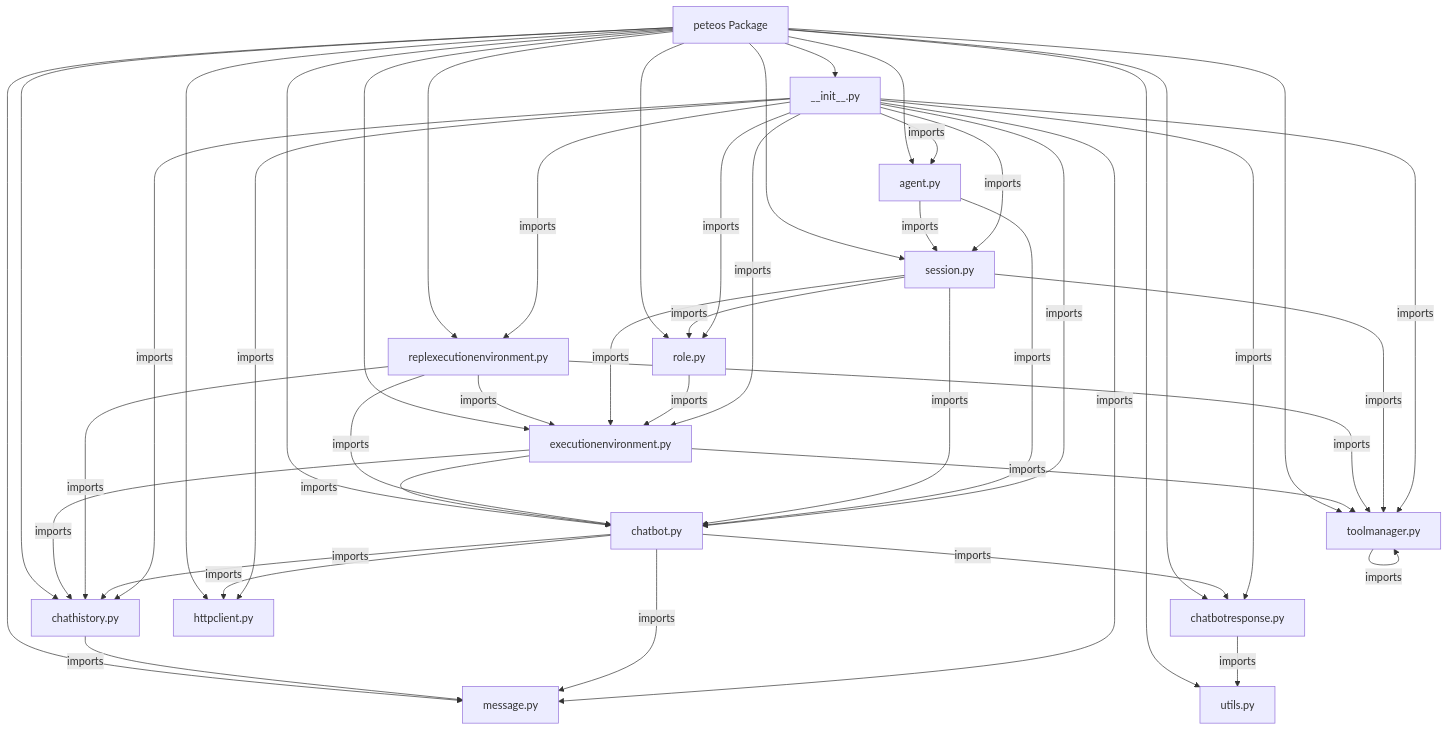
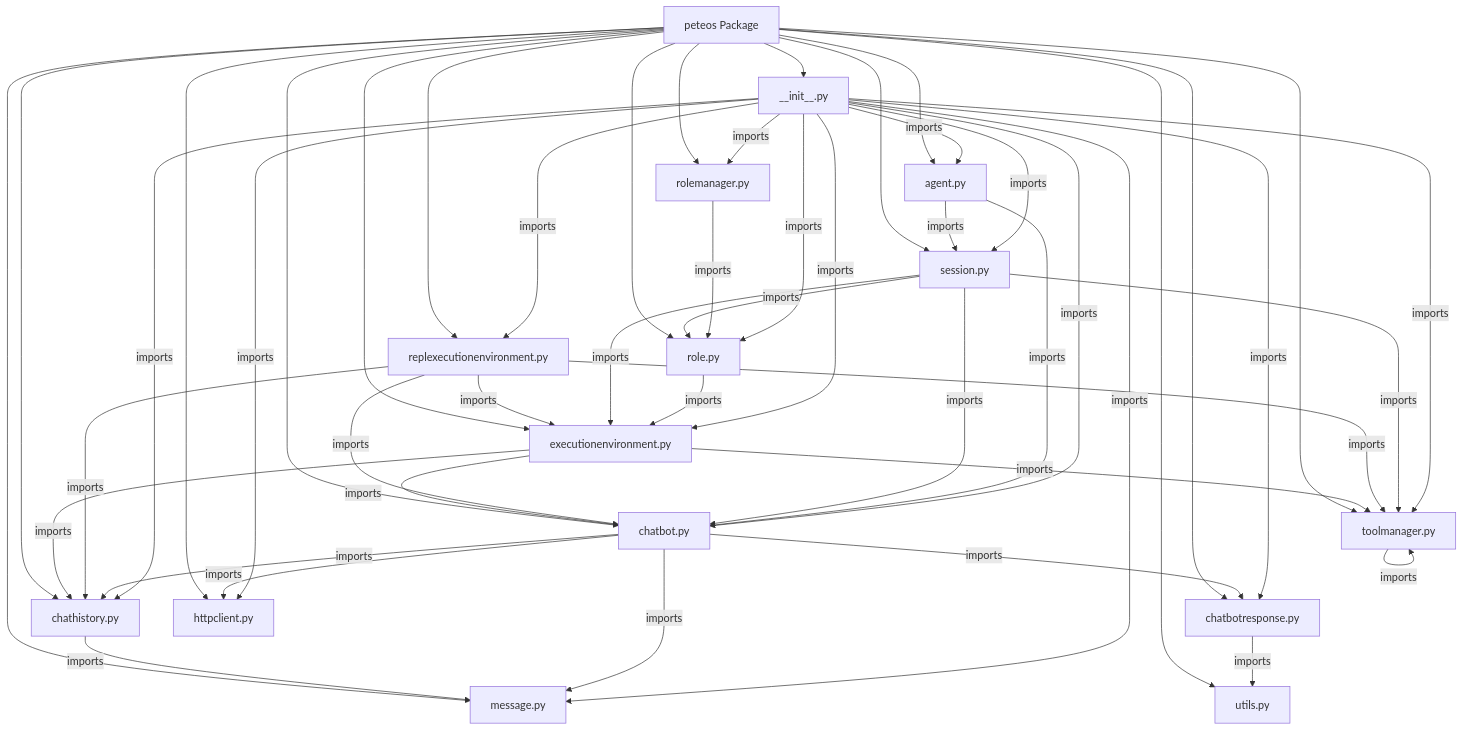
Before and after one commit to Schafer-List-Systems/peteos: the second of 2 diagrams in docs/developer/architecture.md, drawn with Mermaid. The commit also changed other lines of this file and 3 other files, not shown here.

````diff
--- a/docs/developer/architecture.md
+++ b/docs/developer/architecture.md
@@ -798,49 +841,52 @@
 ```mermaid
 graph TD
     A[peteos Package] --> B[__init__.py]
     A --> C[agent.py]
     A --> D[chatbot.py]
     A --> E[chatbotresponse.py]
     A --> F[message.py]
     A --> G[chathistory.py]
     A --> H[toolmanager.py]
     A --> I[executionenvironment.py]
     A --> J[replexecutionenvironment.py]
     A --> K[session.py]
     A --> L[role.py]
+    A --> O[rolemanager.py]
     A --> M[httpclient.py]
     A --> N[utils.py]
 
     G -->|imports| F
     H -->|imports| H
     I -->|imports| G
     I -->|imports| H
     I -->|imports| D
     J -->|imports| I
     J -->|imports| G
     J -->|imports| H
     J -->|imports| D
     K -->|imports| I
     K -->|imports| H
     K -->|imports| D
     K -->|imports| L
     L -->|imports| I
+    O -->|imports| L
     C -->|imports| D
     C -->|imports| K
     D -->|imports| G
     D -->|imports| E
     D -->|imports| M
     D -->|imports| F
     E -->|imports| N
     B -->|imports| C
     B -->|imports| D
     B -->|imports| E
     B -->|imports| F
     B -->|imports| G
     B -->|imports| H
     B -->|imports| I
     B -->|imports| J
     B -->|imports| K
     B -->|imports| L
+    B -->|imports| O
     B -->|imports| M
 ```
````
